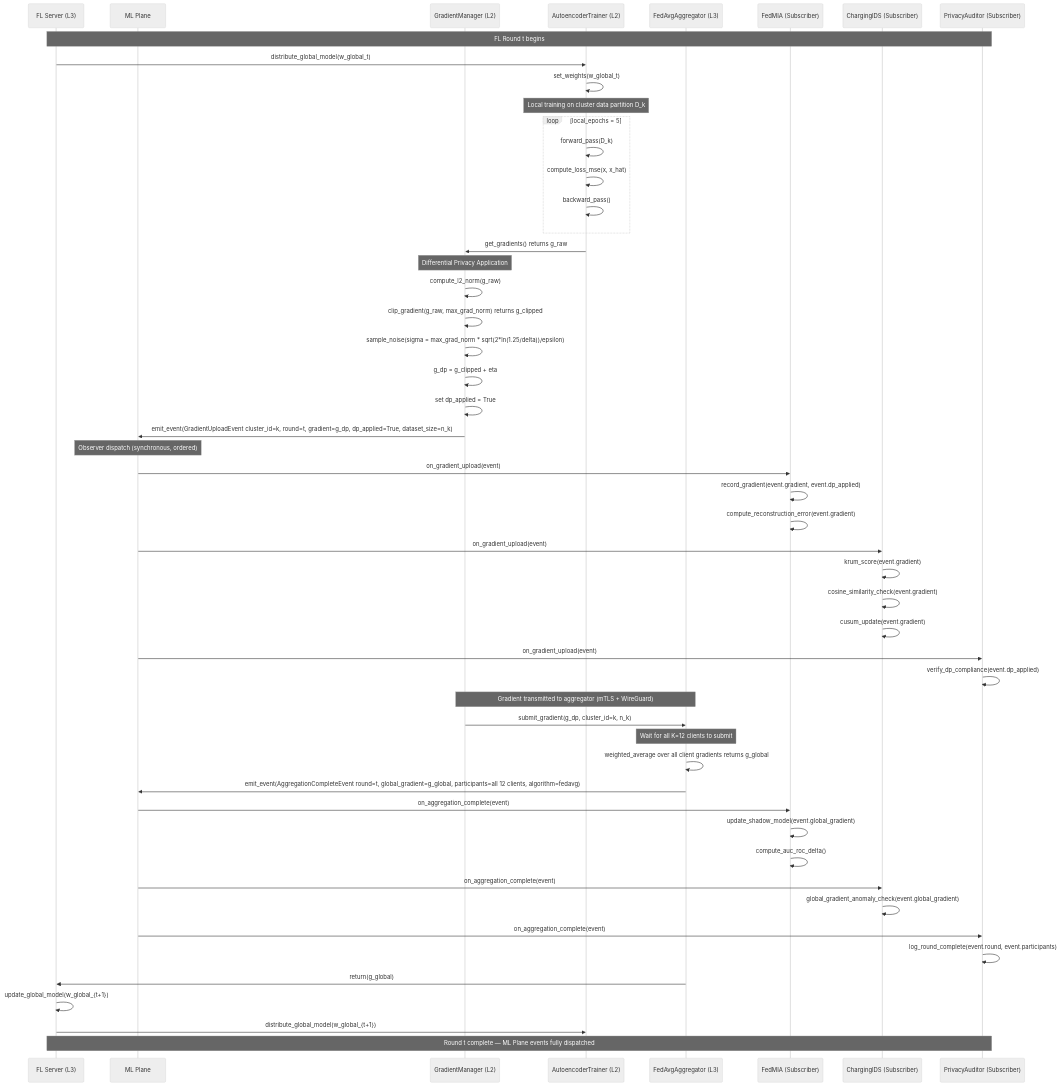
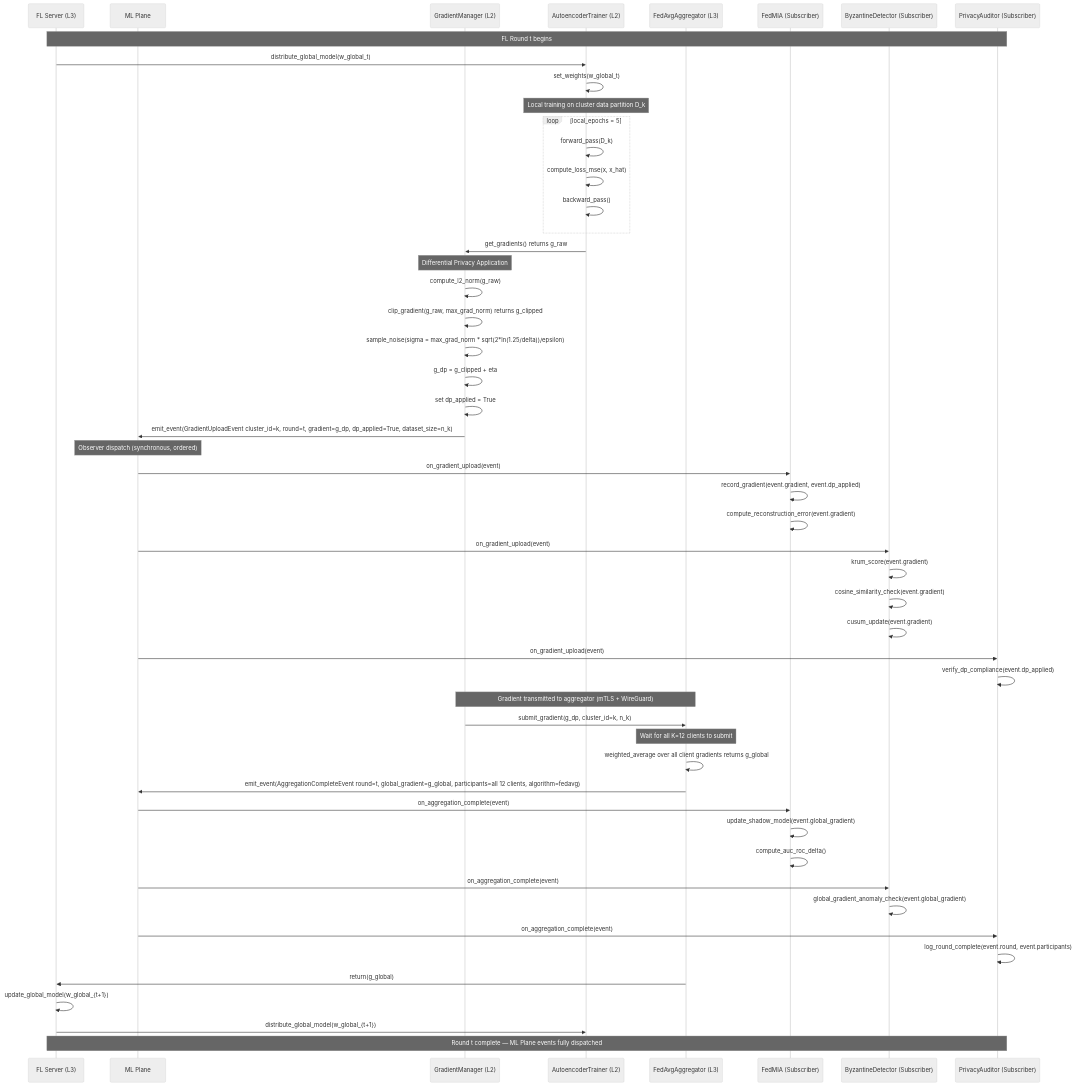
One commit to susetta85/ChargeShield-FL changed the third of 3 diagrams in docs/MLPlane.md. Above: the diagram before and after it, drawn with Mermaid (neutral theme). The commit also changed other lines of this file and 80 other files, not shown here.

First line of the commit message:
Campagna paper completa (task #52) + fix pseudo-replicazione + rename ByzantineDetector

````diff
--- a/docs/MLPlane.md
+++ b/docs/MLPlane.md
@@ -631,76 +685,76 @@
 ```mermaid
 sequenceDiagram
     participant FLS as FL Server (L3)
     participant MLP as ML Plane
     participant GDM as GradientManager (L2)
     participant AET as AutoencoderTrainer (L2)
     participant FCA as FedAvgAggregator (L3)
     participant FMI as FedMIA (Subscriber)
-    participant CID as ChargingIDS (Subscriber)
+    participant CID as ByzantineDetector (Subscriber)
     participant PAD as PrivacyAuditor (Subscriber)
 
     Note over FLS,PAD: FL Round t begins
 
     FLS->>AET: distribute_global_model(w_global_t)
     AET->>AET: set_weights(w_global_t)
 
     Note over AET: Local training on cluster data partition D_k
 
     loop local_epochs = 5
         AET->>AET: forward_pass(D_k)
         AET->>AET: compute_loss_mse(x, x_hat)
         AET->>AET: backward_pass()
     end
 
     AET->>GDM: get_gradients() returns g_raw
 
     Note over GDM: Differential Privacy Application
 
     GDM->>GDM: compute_l2_norm(g_raw)
     GDM->>GDM: clip_gradient(g_raw, max_grad_norm) returns g_clipped
     GDM->>GDM: sample_noise(sigma = max_grad_norm * sqrt(2*ln(1.25/delta))/epsilon)
     GDM->>GDM: g_dp = g_clipped + eta
     GDM->>GDM: set dp_applied = True
 
     GDM->>MLP: emit_event(GradientUploadEvent cluster_id=k, round=t, gradient=g_dp, dp_applied=True, dataset_size=n_k)
 
     Note over MLP: Observer dispatch (synchronous, ordered)
 
     MLP->>FMI: on_gradient_upload(event)
     FMI->>FMI: record_gradient(event.gradient, event.dp_applied)
     FMI->>FMI: compute_reconstruction_error(event.gradient)
 
     MLP->>CID: on_gradient_upload(event)
     CID->>CID: krum_score(event.gradient)
     CID->>CID: cosine_similarity_check(event.gradient)
     CID->>CID: cusum_update(event.gradient)
 
     MLP->>PAD: on_gradient_upload(event)
     PAD->>PAD: verify_dp_compliance(event.dp_applied)
 
     Note over GDM,FCA: Gradient transmitted to aggregator (mTLS + WireGuard)
 
     GDM->>FCA: submit_gradient(g_dp, cluster_id=k, n_k)
 
     Note over FCA: Wait for all K=12 clients to submit
 
     FCA->>FCA: weighted_average over all client gradients returns g_global
 
     FCA->>MLP: emit_event(AggregationCompleteEvent round=t, global_gradient=g_global, participants=all 12 clients, algorithm=fedavg)
 
     MLP->>FMI: on_aggregation_complete(event)
     FMI->>FMI: update_shadow_model(event.global_gradient)
     FMI->>FMI: compute_auc_roc_delta()
 
     MLP->>CID: on_aggregation_complete(event)
     CID->>CID: global_gradient_anomaly_check(event.global_gradient)
 
     MLP->>PAD: on_aggregation_complete(event)
     PAD->>PAD: log_round_complete(event.round, event.participants)
 
     FCA->>FLS: return(g_global)
     FLS->>FLS: update_global_model(w_global_{t+1})
     FLS->>AET: distribute_global_model(w_global_{t+1})
 
     Note over FLS,PAD: Round t complete — ML Plane events fully dispatched
 ```
````
